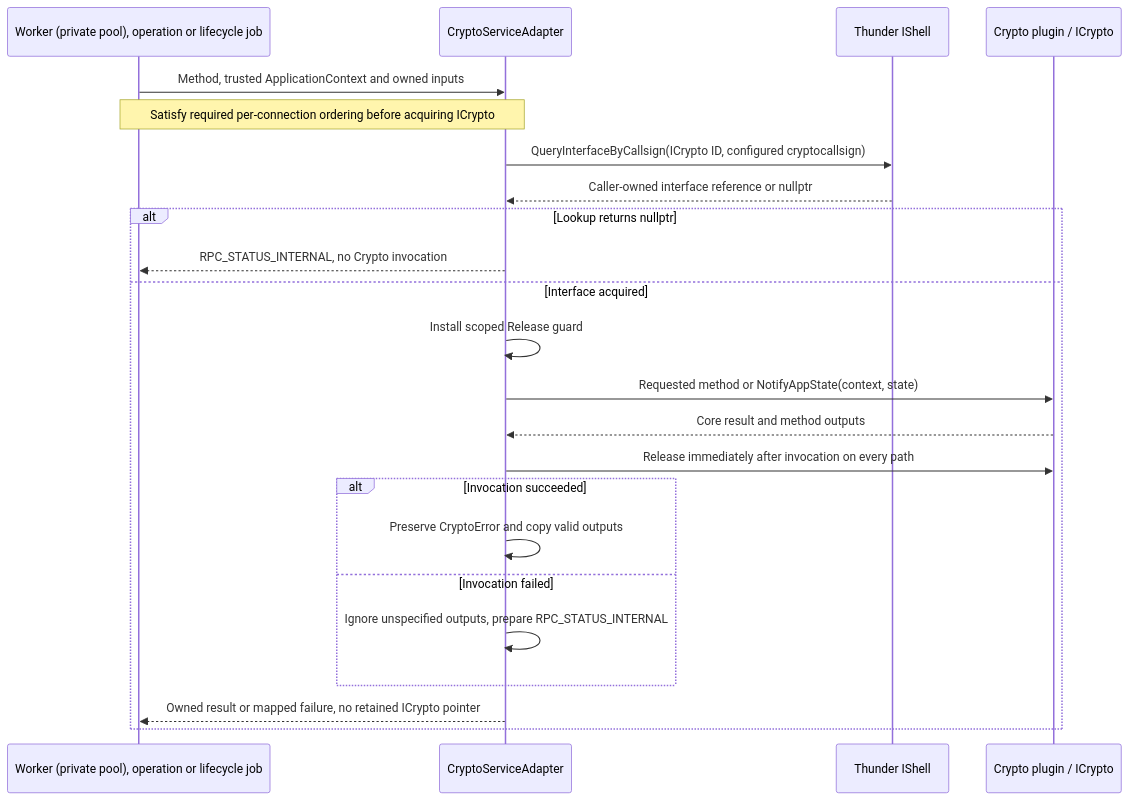
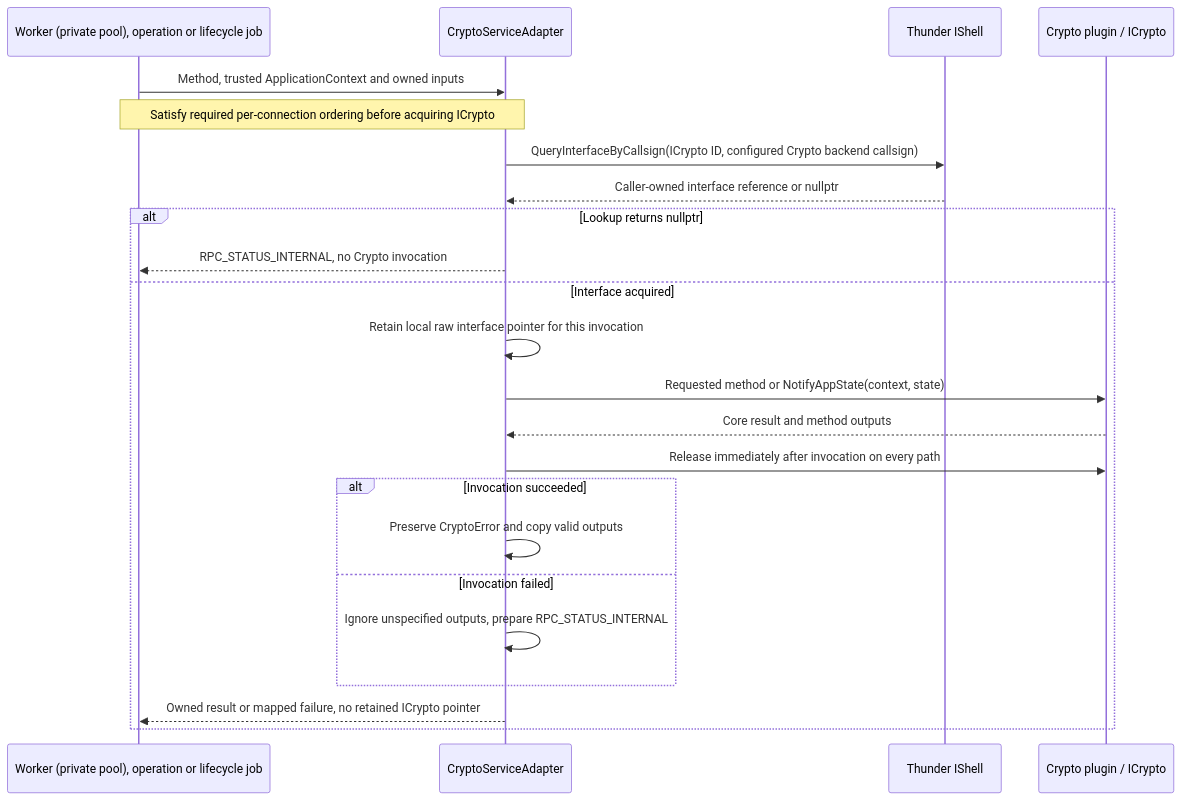
One commit to rdkcentral/eyil-secure-gateway changed the fifth of 19 diagrams in doc/EyilGateway.md. Above: the diagram before and after it, drawn with Mermaid. The commit also changed other lines of this file and 61 other files, not shown here.

````diff
--- a/doc/EyilGateway.md
+++ b/doc/EyilGateway.md
@@ -904,25 +937,25 @@
 ```mermaid
 sequenceDiagram
     participant J as Worker (private pool), operation or lifecycle job
     participant A as CryptoServiceAdapter
     participant T as Thunder IShell
     participant C as Crypto plugin / ICrypto
     J->>A: Method, trusted ApplicationContext and owned inputs
     Note over J,A: Satisfy required per-connection ordering before acquiring ICrypto
-    A->>T: QueryInterfaceByCallsign(ICrypto ID, configured cryptocallsign)
+    A->>T: QueryInterfaceByCallsign(ICrypto ID, configured Crypto backend callsign)
     T-->>A: Caller-owned interface reference or nullptr
     alt Lookup returns nullptr
         A-->>J: RPC_STATUS_INTERNAL, no Crypto invocation
     else Interface acquired
-        A->>A: Install scoped Release guard
+        A->>A: Retain local raw interface pointer for this invocation
         A->>C: Requested method or NotifyAppState(context, state)
         C-->>A: Core result and method outputs
         A->>C: Release immediately after invocation on every path
         alt Invocation succeeded
             A->>A: Preserve CryptoError and copy valid outputs
         else Invocation failed
             A->>A: Ignore unspecified outputs, prepare RPC_STATUS_INTERNAL
         end
         A-->>J: Owned result or mapped failure, no retained ICrypto pointer
     end
 ```
````
